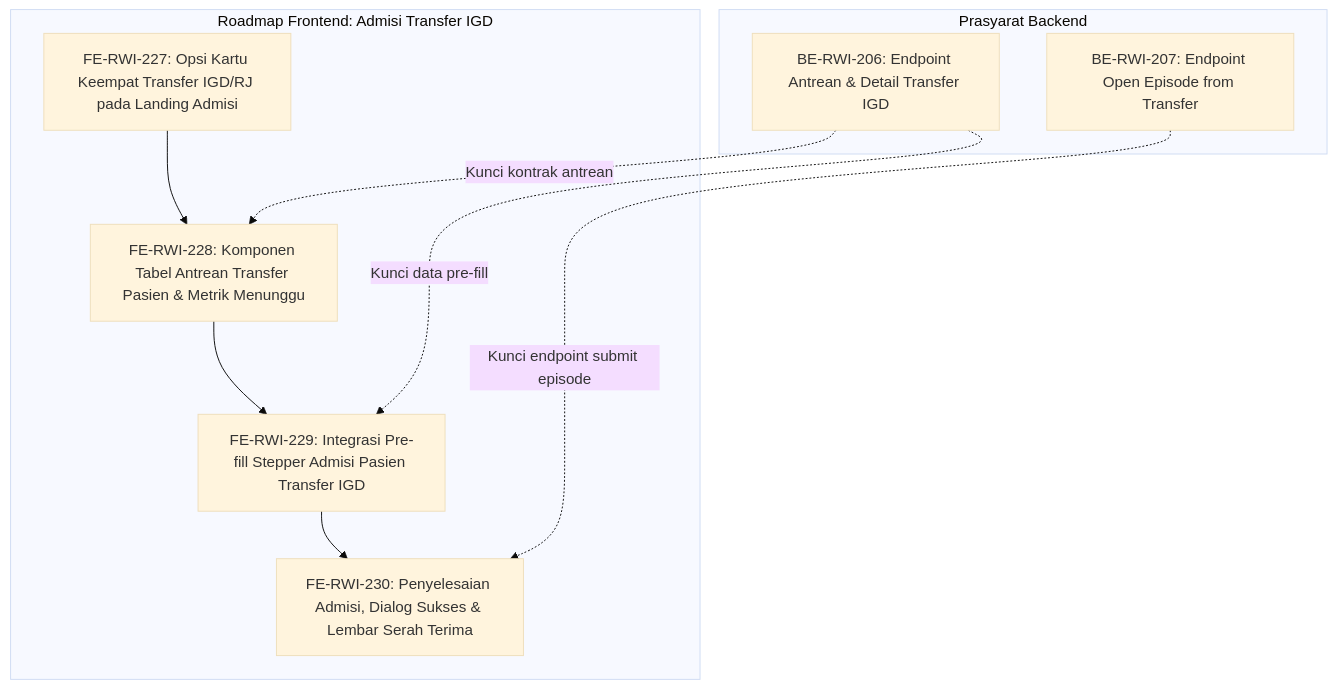
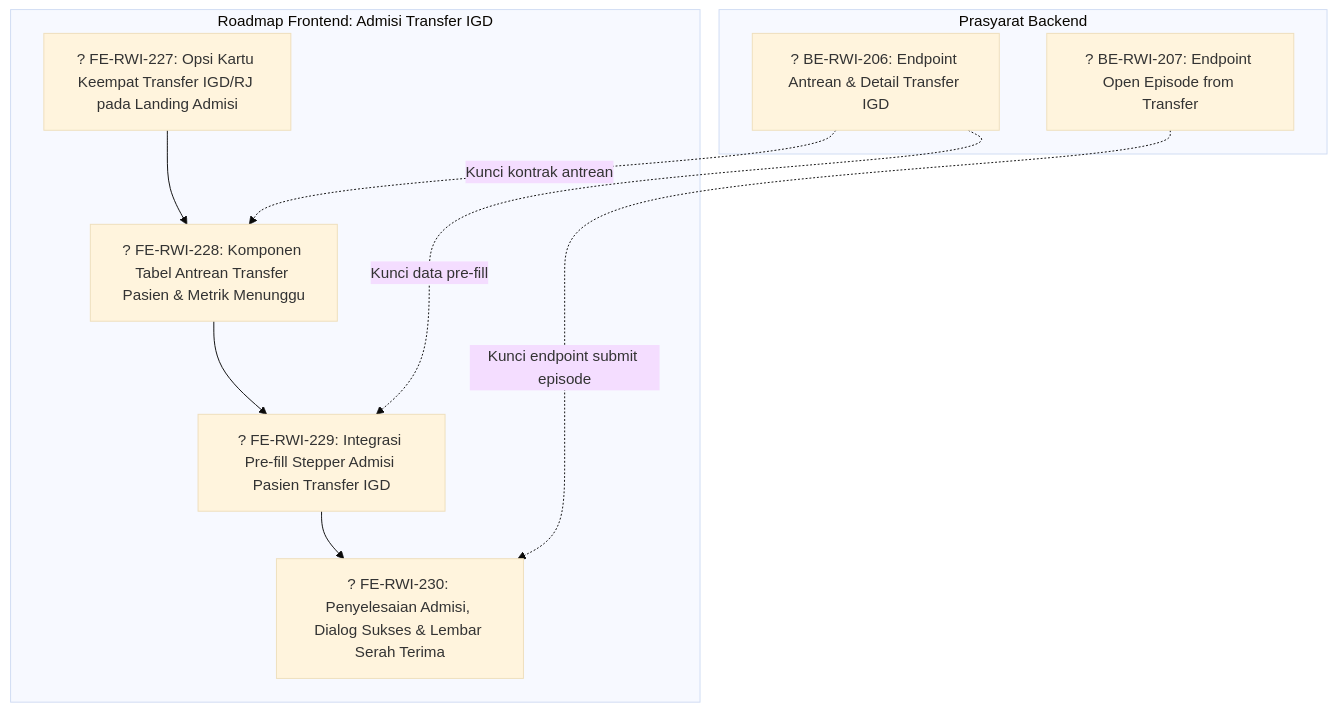
One commit to DevBenari/NewQuilvianSystemBackend changed the diagram in docs/module-blueprints/rawat-inap/episode-rawat-inap/roadmap/frontend-roadmap-admisi-transfer-igd.md. Above: the diagram before and after it, drawn with Mermaid (base theme). The commit also changed other lines of this file and 52 other files, not shown here.

````diff
--- a/docs/module-blueprints/rawat-inap/episode-rawat-inap/roadmap/frontend-roadmap-admisi-transfer-igd.md
+++ b/docs/module-blueprints/rawat-inap/episode-rawat-inap/roadmap/frontend-roadmap-admisi-transfer-igd.md
@@ -38,22 +38,22 @@
 ```mermaid
 flowchart TD
     subgraph backendPrereq[Prasyarat Backend]
-        BE206["BE-RWI-206: Endpoint Antrean & Detail Transfer IGD"]
-        BE207["BE-RWI-207: Endpoint Open Episode from Transfer"]
+        BE206["? BE-RWI-206: Endpoint Antrean & Detail Transfer IGD"]
+        BE207["? BE-RWI-207: Endpoint Open Episode from Transfer"]
     end
 
     subgraph frontend[Roadmap Frontend: Admisi Transfer IGD]
-        FE227["FE-RWI-227: Opsi Kartu Keempat Transfer IGD/RJ pada Landing Admisi"]
-        FE228["FE-RWI-228: Komponen Tabel Antrean Transfer Pasien & Metrik Menunggu"]
-        FE229["FE-RWI-229: Integrasi Pre-fill Stepper Admisi Pasien Transfer IGD"]
-        FE230["FE-RWI-230: Penyelesaian Admisi, Dialog Sukses & Lembar Serah Terima"]
+        FE227["? FE-RWI-227: Opsi Kartu Keempat Transfer IGD/RJ pada Landing Admisi"]
+        FE228["? FE-RWI-228: Komponen Tabel Antrean Transfer Pasien & Metrik Menunggu"]
+        FE229["? FE-RWI-229: Integrasi Pre-fill Stepper Admisi Pasien Transfer IGD"]
+        FE230["? FE-RWI-230: Penyelesaian Admisi, Dialog Sukses & Lembar Serah Terima"]
 
         FE227 --> FE228
         FE228 --> FE229
         FE229 --> FE230
     end
 
     BE206 -.->|Kunci kontrak antrean| FE228
     BE206 -.->|Kunci data pre-fill| FE229
     BE207 -.->|Kunci endpoint submit episode| FE230
 ```
````
